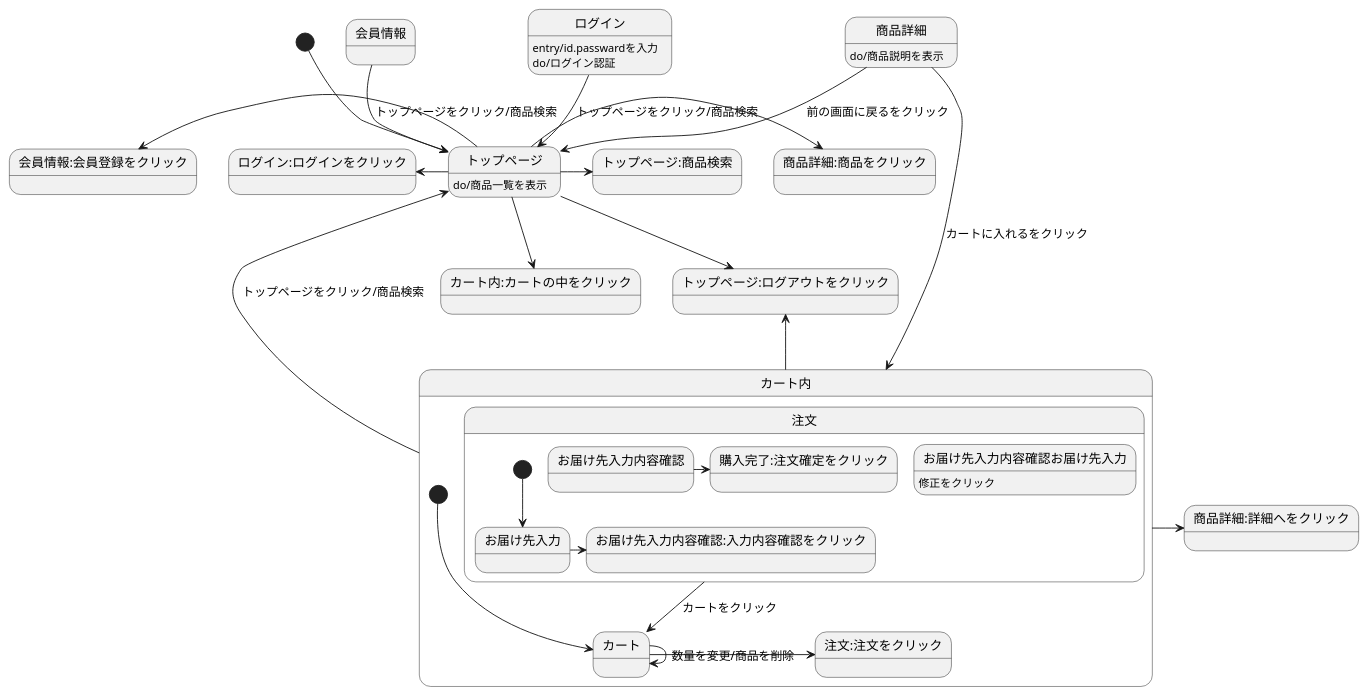
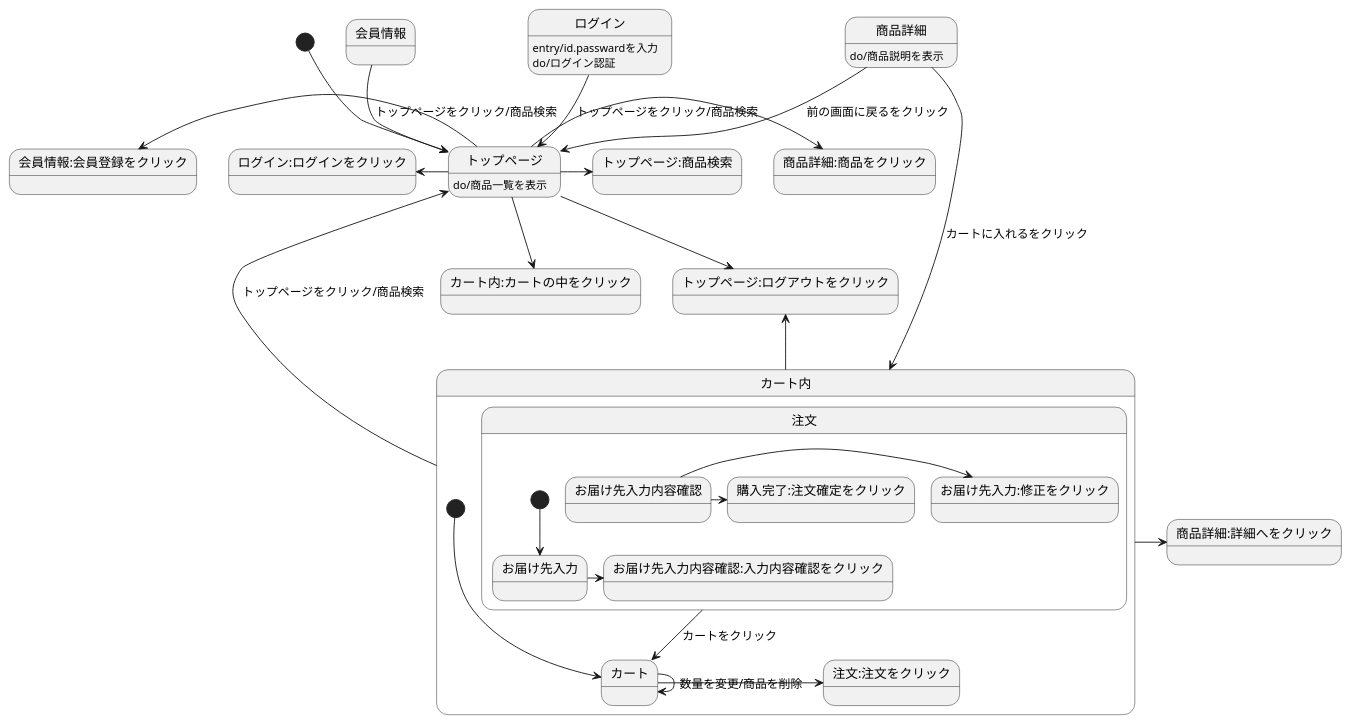
The diagram in top.md (Aso2001376/2021sys-design), drawn with PlantUML before and after one commit.

````diff
--- a/top.md
+++ b/top.md
@@ -1,35 +1,35 @@
 ```uml
 @startuml
 [*] --> トップページ
 会員情報 --> トップページ:トップページをクリック/商品検索
 ログイン --> トップページ:トップページをクリック/商品検索
 ログイン:entry/id.passwardを入力
 ログイン:do/ログイン認証
 トップページ --> トップページ:ログアウトをクリック
 トップページ -> トップページ:商品検索
 トップページ -> 商品詳細:商品をクリック
 トップページ -left-> 会員情報:会員登録をクリック
 トップページ -left-> ログイン:ログインをクリック
 トップページ --> カート内:カートの中をクリック
 トップページ :do/商品一覧を表示
 商品詳細 -->カート内: カートに入れるをクリック
 商品詳細 -->トップページ: 前の画面に戻るをクリック
 商品詳細:do/商品説明を表示
 カート内-up->トップページ:トップページをクリック/商品検索
 カート内-up->トップページ:ログアウトをクリック
 カート内 -> 商品詳細:詳細へをクリック
 
 state カート内{
 [*]--> カート
 カート-> 注文:注文をクリック
 カート->カート: 数量を変更/商品を削除
 注文 --> カート: カートをクリック
 state 注文{
 [*] --> お届け先入力
-お届け先入力->お届け先入力内容確認:入力内容確認をクリック
-お届け先入力内容確認お届け先入力:修正をクリック
-お届け先入力内容確認->購入完了:注文確定をクリック
+お届け先入力 -> お届け先入力内容確認:入力内容確認をクリック
+お届け先入力内容確認 -> お届け先入力:修正をクリック
+お届け先入力内容確認 -> 購入完了:注文確定をクリック
   }
  }
 @enduml
 ```
````
